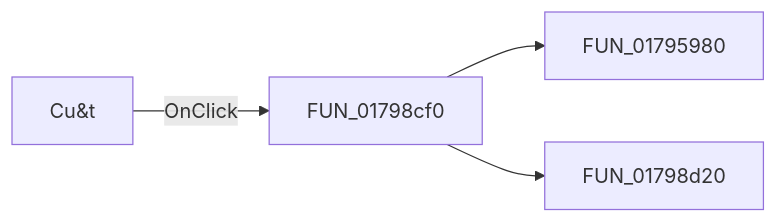
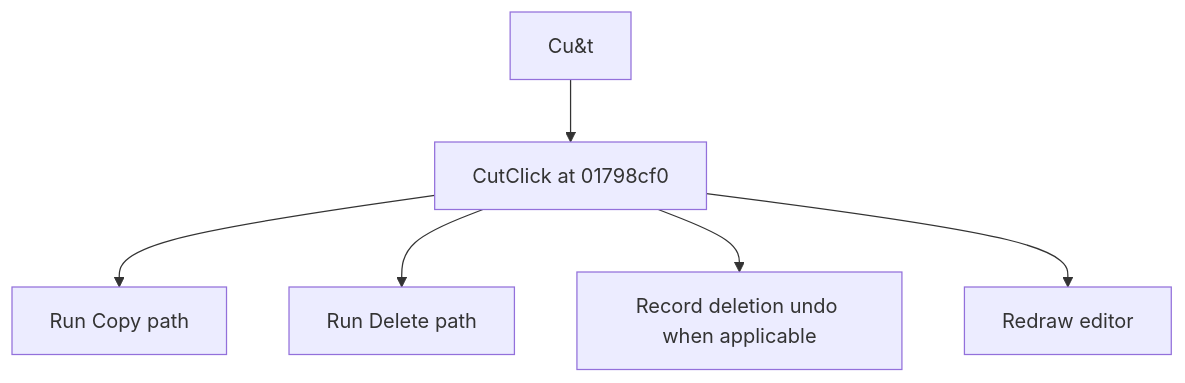
One commit to MovGP0/TIARA changed the diagram in docs/ui-controls/shapeedit/cut-6c3f698e61.md. Above: the diagram before and after it, drawn with Mermaid. The commit also changed other lines of this file and 1062 other files, not shown here.

````diff
--- a/docs/ui-controls/shapeedit/cut-6c3f698e61.md
+++ b/docs/ui-controls/shapeedit/cut-6c3f698e61.md
@@ -27,6 +25,8 @@
 ```mermaid
-flowchart LR
-    control["Cu&t"] -->|OnClick| handler["FUN_01798cf0"]
-    handler --> call1["FUN_01795980"]
-    handler --> call2["FUN_01798d20"]
+flowchart TD
+    control["Cu&t"] --> handler["CutClick at 01798cf0"]
+    handler --> step1["Run Copy path"]
+    handler --> step2["Run Delete path"]
+    handler --> step3["Record deletion undo when applicable"]
+    handler --> step4["Redraw editor"]
 ```
````
